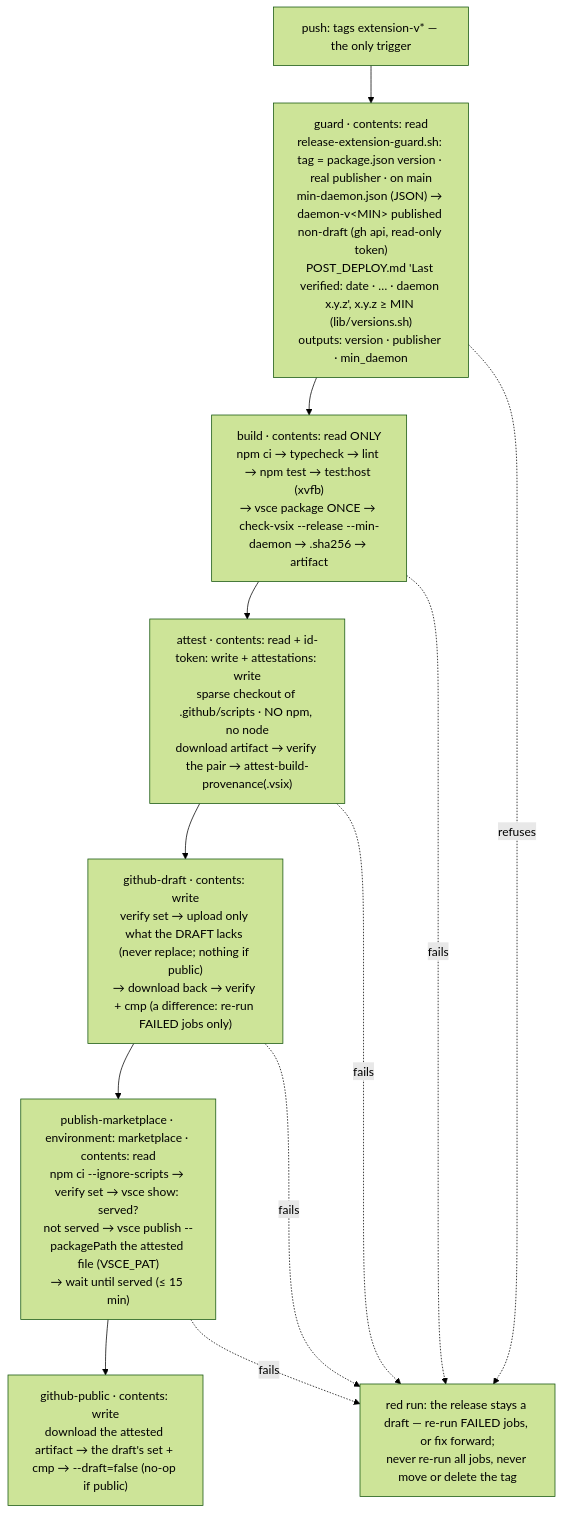
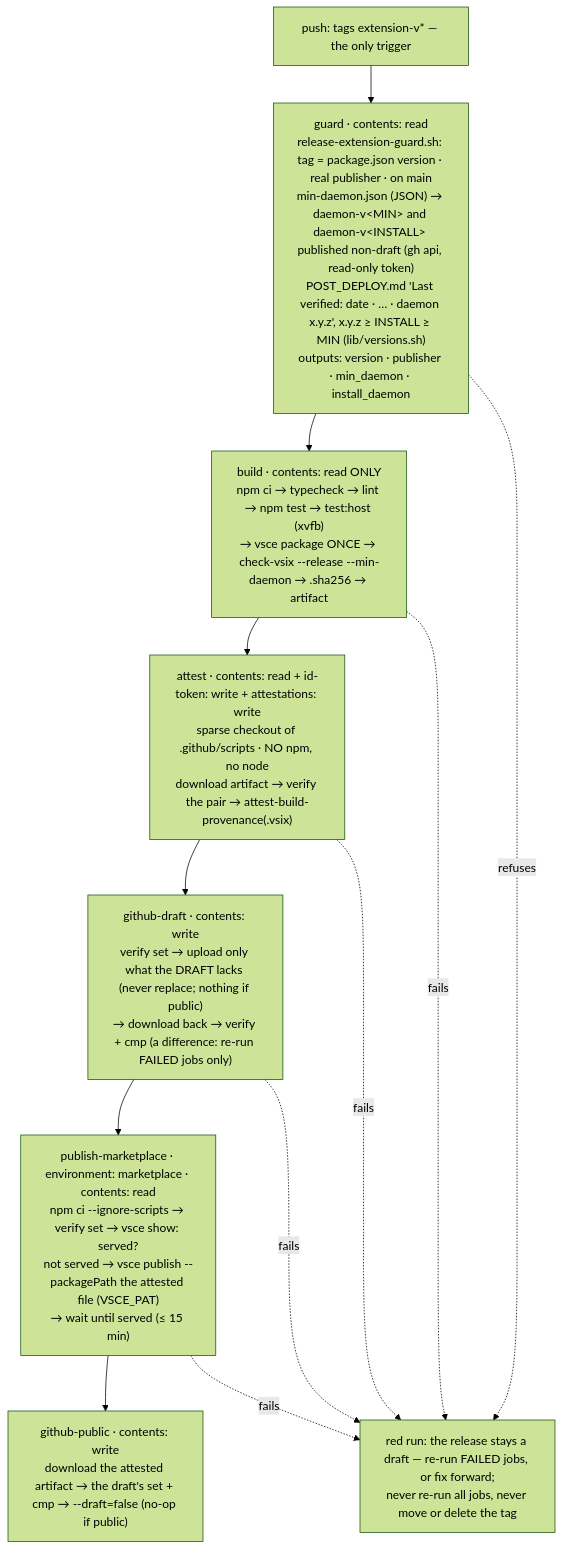
Before and after one commit to oleksandrdubyna88/wsl_care: diagram 21 of 30 in research/architecture.md, drawn with Mermaid (forest theme). The commit also changed other lines of this file and 4 other files, not shown here.

````diff
--- a/research/architecture.md
+++ b/research/architecture.md
@@ -2058,17 +2060,17 @@
 ```mermaid
 flowchart TD
     tag["push: tags extension-v* — the only trigger"]
-    guard["guard · contents: read<br/>release-extension-guard.sh: tag = package.json version · real publisher · on main<br/>min-daemon.json (JSON) → daemon-v&lt;MIN&gt; published non-draft (gh api, read-only token)<br/>POST_DEPLOY.md 'Last verified: date · … · daemon x.y.z', x.y.z ≥ MIN (lib/versions.sh)<br/>outputs: version · publisher · min_daemon"]
+    guard["guard · contents: read<br/>release-extension-guard.sh: tag = package.json version · real publisher · on main<br/>min-daemon.json (JSON) → daemon-v&lt;MIN&gt; and daemon-v&lt;INSTALL&gt; published non-draft (gh api, read-only token)<br/>POST_DEPLOY.md 'Last verified: date · … · daemon x.y.z', x.y.z ≥ INSTALL ≥ MIN (lib/versions.sh)<br/>outputs: version · publisher · min_daemon · install_daemon"]
     build["build · contents: read ONLY<br/>npm ci → typecheck → lint → npm test → test:host (xvfb)<br/>→ vsce package ONCE → check-vsix --release --min-daemon → .sha256 → artifact"]
     attest["attest · contents: read + id-token: write + attestations: write<br/>sparse checkout of .github/scripts · NO npm, no node<br/>download artifact → verify the pair → attest-build-provenance(.vsix)"]
     draft["github-draft · contents: write<br/>verify set → upload only what the DRAFT lacks (never replace; nothing if public)<br/>→ download back → verify + cmp (a difference: re-run FAILED jobs only)"]
     mkt["publish-marketplace · environment: marketplace · contents: read<br/>npm ci --ignore-scripts → verify set → vsce show: served?<br/>not served → vsce publish --packagePath the attested file (VSCE_PAT)<br/>→ wait until served (≤ 15 min)"]
     pub["github-public · contents: write<br/>download the attested artifact → the draft's set + cmp → --draft=false (no-op if public)"]
     stop["red run: the release stays a draft — re-run FAILED jobs, or fix forward;<br/>never re-run all jobs, never move or delete the tag"]
     tag --> guard --> build --> attest --> draft --> mkt --> pub
     guard -. refuses .-> stop
     build -. fails .-> stop
     attest -. fails .-> stop
     draft -. fails .-> stop
     mkt -. fails .-> stop
 ```
````
